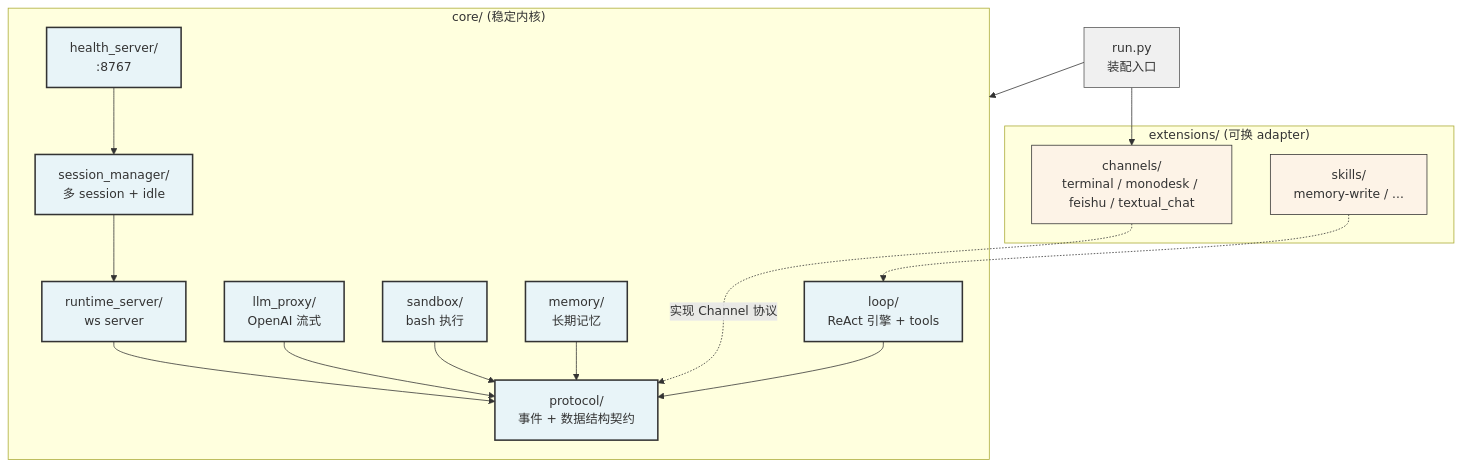
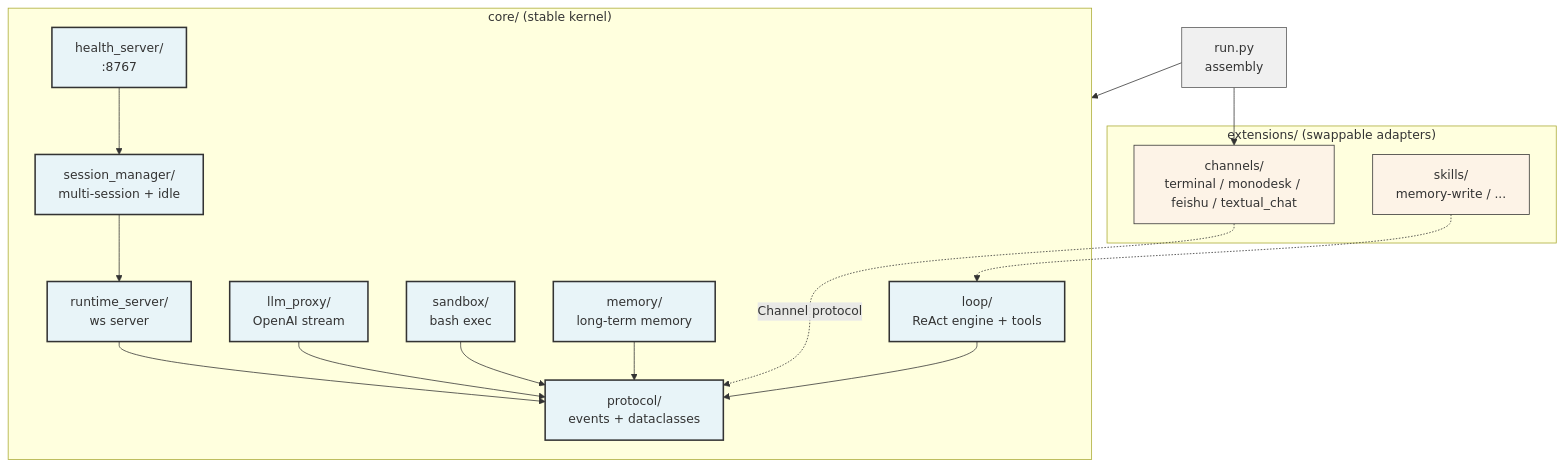
Before and after one commit to halcyonway/MonoX: the diagram in README.md, drawn with Mermaid. The commit also changed other lines of this file, not shown here.

````diff
--- a/README.md
+++ b/README.md
@@ -21,41 +21,41 @@
 ```mermaid
 graph TB
-    subgraph Core["core/ (稳定内核)"]
-        Protocol["protocol/<br/>事件 + 数据结构契约"]
-        Loop["loop/<br/>ReAct 引擎 + tools"]
-        LLMP["llm_proxy/<br/>OpenAI 流式"]
-        Sandbox["sandbox/<br/>bash 执行"]
-        Memory["memory/<br/>长期记忆"]
+    subgraph Core["core/ (stable kernel)"]
+        Protocol["protocol/<br/>events + dataclasses"]
+        Loop["loop/<br/>ReAct engine + tools"]
+        LLMP["llm_proxy/<br/>OpenAI stream"]
+        Sandbox["sandbox/<br/>bash exec"]
+        Memory["memory/<br/>long-term memory"]
         Server["runtime_server/<br/>ws server"]
-        Session["session_manager/<br/>多 session + idle"]
+        Session["session_manager/<br/>multi-session + idle"]
         Health["health_server/<br/>:8767"]
     end
 
-    subgraph Extensions["extensions/ (可换 adapter)"]
+    subgraph Extensions["extensions/ (swappable adapters)"]
         Channels["channels/<br/>terminal / monodesk / feishu / textual_chat"]
         Skills["skills/<br/>memory-write / ..."]
     end
 
-    Run["run.py<br/>装配入口"]
+    Run["run.py<br/>assembly"]
 
     Loop --> Protocol
     LLMP --> Protocol
     Sandbox --> Protocol
     Memory --> Protocol
     Server --> Protocol
     Session --> Server
     Health --> Session
 
-    Channels -.实现 Channel 协议.-> Protocol
+    Channels -.Channel protocol.-> Protocol
     Skills -.-> Loop
 
     Run --> Core
     Run --> Channels
 
     classDef core fill:#e8f4f8,stroke:#333,stroke-width:2px
     classDef ext fill:#fdf3e7,stroke:#333,stroke-width:1px
     classDef run fill:#f0f0f0,stroke:#555
     class Protocol,Loop,LLMP,Sandbox,Memory,Server,Session,Health core
     class Channels,Skills ext
     class Run run
 ```
````
